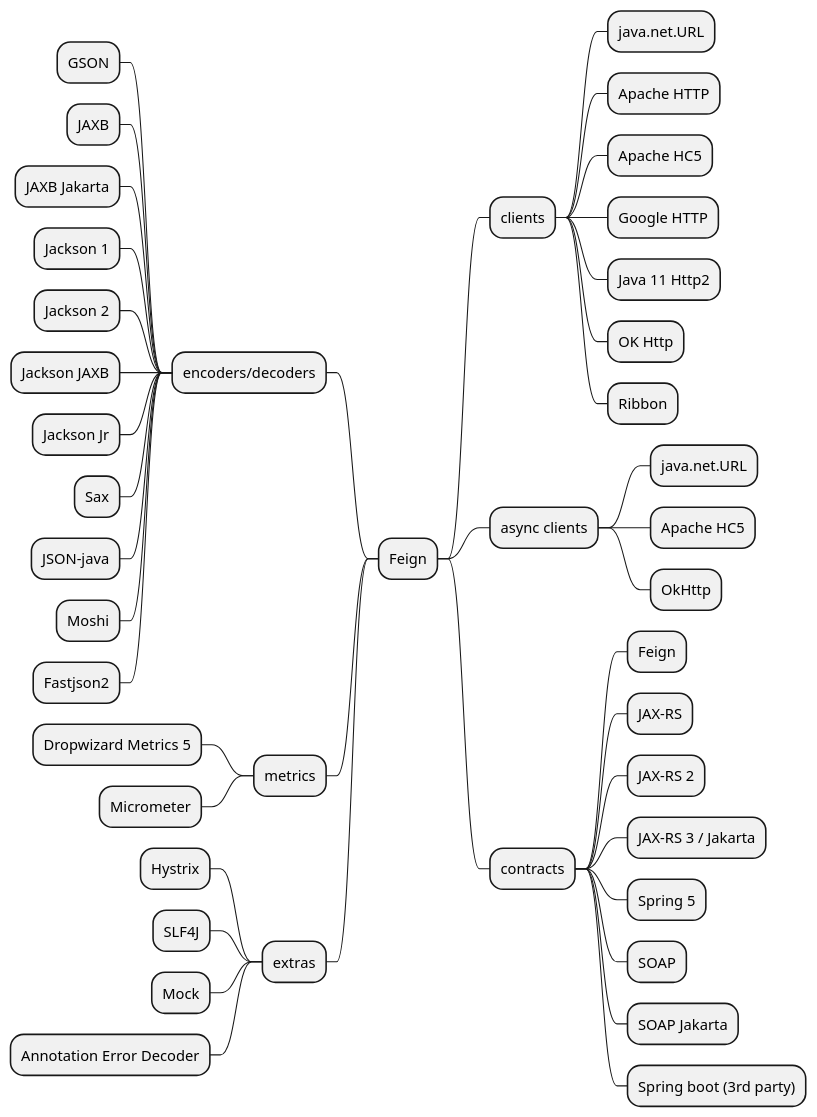
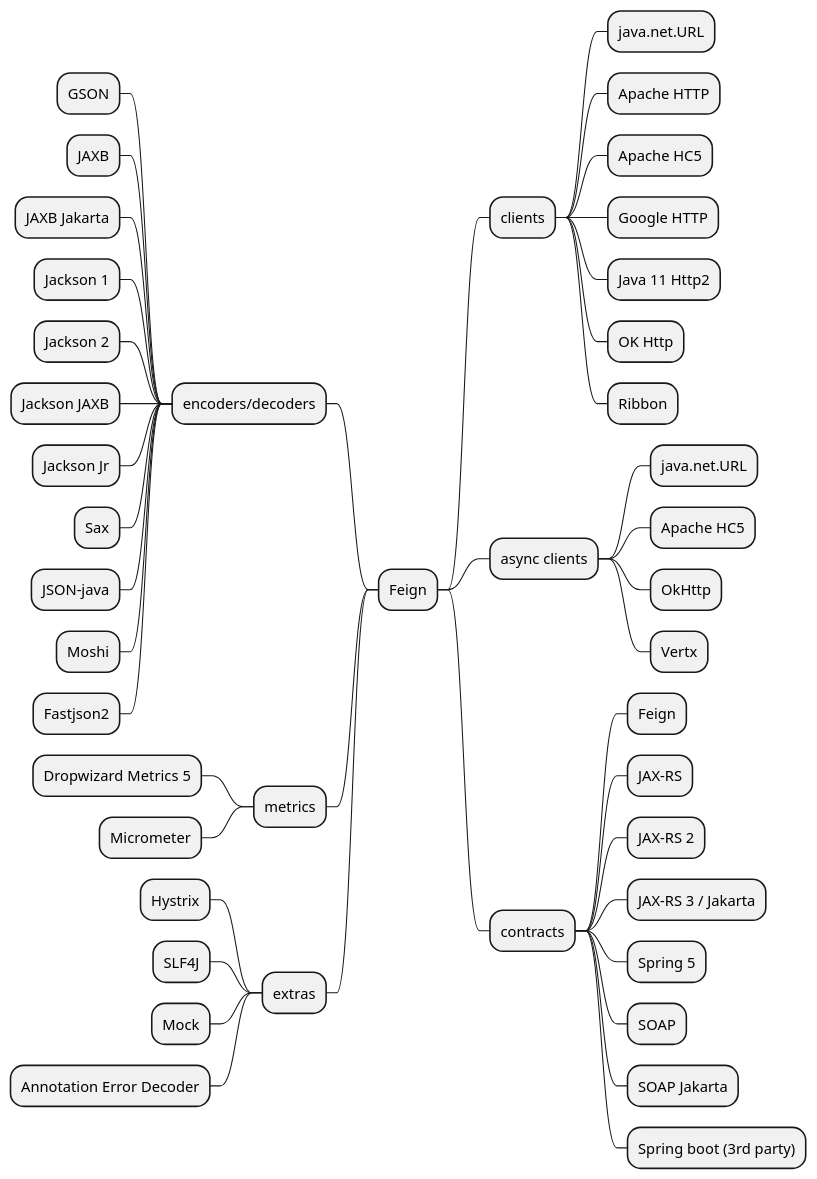
Before and after one commit to OpenFeign/feign: the diagram in src/docs/overview-mindmap.iuml, drawn with PlantUML.

Commit message:
Add Vertx module to Feature Overview

```diff
--- a/src/docs/overview-mindmap.iuml
+++ b/src/docs/overview-mindmap.iuml
@@ -1,47 +1,48 @@
 @startmindmap
 * Feign
 ** clients
 *** java.net.URL
 *** Apache HTTP
 *** Apache HC5
 *** Google HTTP
 *** Java 11 Http2
 *** OK Http
 *** Ribbon
 ** async clients
 *** java.net.URL
 *** Apache HC5
 *** OkHttp
+*** Vertx
 ** contracts
 *** Feign
 *** JAX-RS
 *** JAX-RS 2
 *** JAX-RS 3 / Jakarta
 *** Spring 5
 *** SOAP
 *** SOAP Jakarta
 *** Spring boot (3rd party)
 
 left side
 
 ** encoders/decoders
 *** GSON
 *** JAXB
 *** JAXB Jakarta
 *** Jackson 1
 *** Jackson 2
 *** Jackson JAXB
 *** Jackson Jr
 *** Sax
 *** JSON-java
 *** Moshi
 *** Fastjson2
 ** metrics
 *** Dropwizard Metrics 5
 *** Micrometer
 ** extras
 *** Hystrix
 *** SLF4J
 *** Mock
 *** Annotation Error Decoder
 @endmindmap
```
